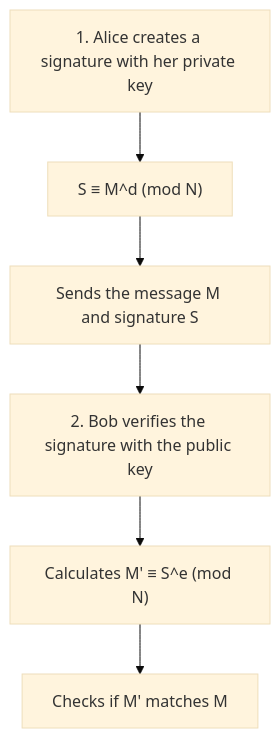
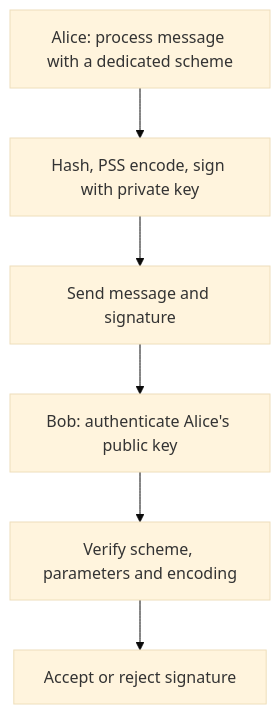
Before and after one commit to kenjinote/blog: the third of 3 diagrams in content/post/rsa暗号の仕組みを高校生でもわかるように説明する/index.en.md, drawn with Mermaid (base theme). The commit also changed other lines of this file and 8 other files, not shown here.

````diff
--- a/content/post/rsa暗号の仕組みを高校生でもわかるように説明する/index.en.md
+++ b/content/post/rsa暗号の仕組みを高校生でもわかるように説明する/index.en.md
@@ -291,9 +169,8 @@
 ```mermaid
 flowchart TD
-    A1["1. Alice creates a signature with her private key"] --> A2["S ≡ M^d (mod N)"]
-    A2 --> A3["Sends the message M and signature S"]
-    
-    A3 --> B1["2. Bob verifies the signature with the public key"]
-    B1 --> B2["Calculates M' ≡ S^e (mod N)"]
-    B2 --> B3["Checks if M' matches M"]
+    A1["Alice: process message with a dedicated scheme"] --> A2["Hash, PSS encode, sign with private key"]
+    A2 --> A3["Send message and signature"]
+    A3 --> B1["Bob: authenticate Alice's public key"]
+    B1 --> B2["Verify scheme, parameters and encoding"]
+    B2 --> B3["Accept or reject signature"]
 ```
````
